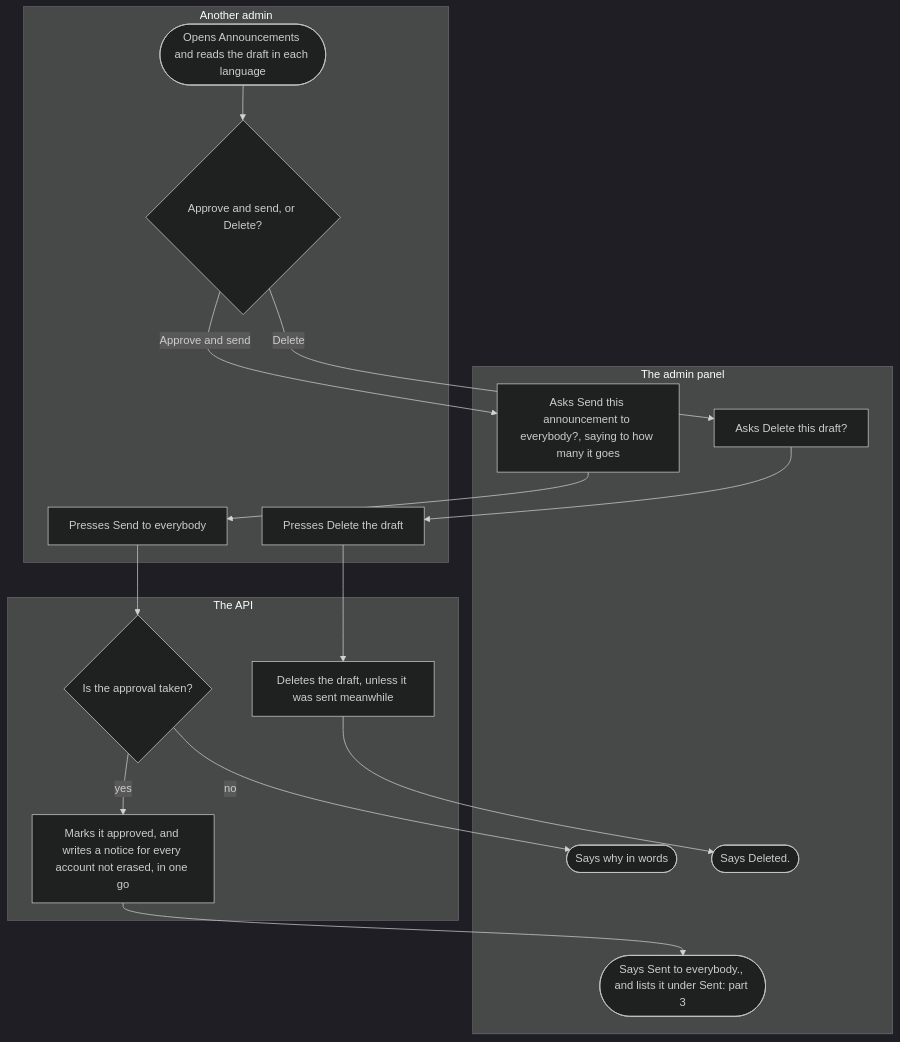
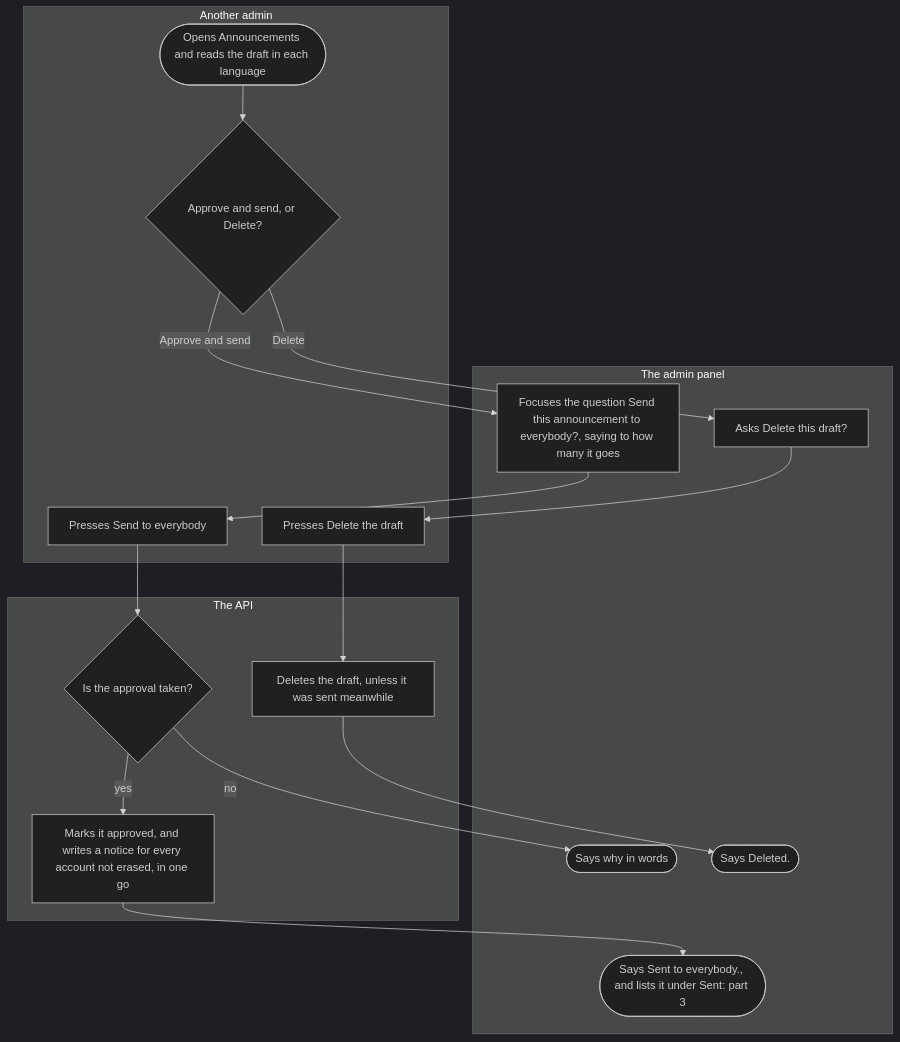
Before and after one commit to kuutti-ry/kuutti-app: the second of 3 diagrams in docs/flows/announcements.md, drawn with Mermaid (dark theme). The commit also changed other lines of this file and 158 other files, not shown here.

````diff
--- a/docs/flows/announcements.md
+++ b/docs/flows/announcements.md
@@ -66,34 +66,34 @@
 ```mermaid
 flowchart TB
   accTitle: Announcements, part 2: another admin approves it
   accDescr: Another admin reads the draft and approves it through a step that says to how many accounts, confirmed addresses and people it goes, and that nothing takes it back; or either admin deletes the draft through a step of its own. The API refuses an approval by the admin who wrote it, and one of an announcement already sent. An approval writes a notice for every account at once, and the announcement goes to everybody.
   subgraph api["The API"]
     s14{"Is the approval taken?"}
     s16["Marks it approved, and writes a notice for every account not erased, in one go"]
     s20["Deletes the draft, unless it was sent meanwhile"]
   end
   subgraph moderator["Another admin"]
     s10(["Opens Announcements and reads the draft in each language"])
     s11{"Approve and send, or Delete?"}
     s13["Presses Send to everybody"]
     s19["Presses Delete the draft"]
   end
   subgraph admin["The admin panel"]
-    s12["Asks Send this announcement to everybody?, saying to how many it goes"]
+    s12["Focuses the question Send this announcement to everybody?, saying to how many it goes"]
     s15(["Says why in words"])
     s17(["Says Sent to everybody., and lists it under Sent: part 3"])
     s18["Asks Delete this draft?"]
     s21(["Says Deleted."])
   end
   s10 --> s11
   s11 -->|"Approve and send"| s12
   s12 --> s13
   s13 --> s14
   s14 -->|"no"| s15
   s14 -->|"yes"| s16
   s16 --> s17
   s11 -->|"Delete"| s18
   s18 --> s19
   s19 --> s20
   s20 --> s21
 ```
````
